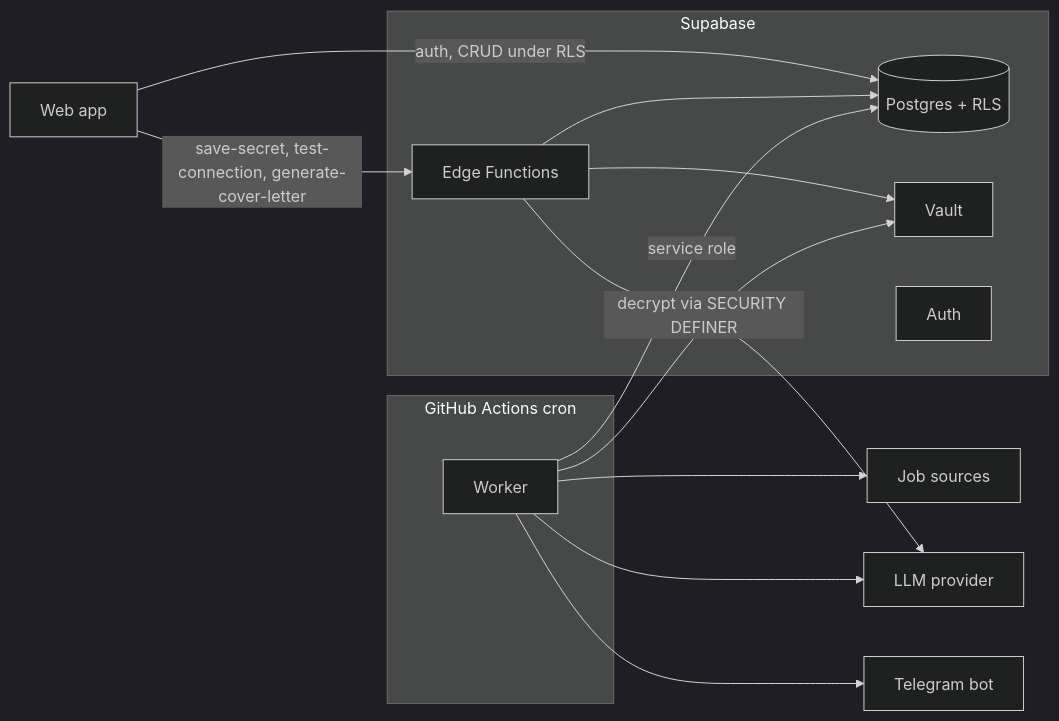
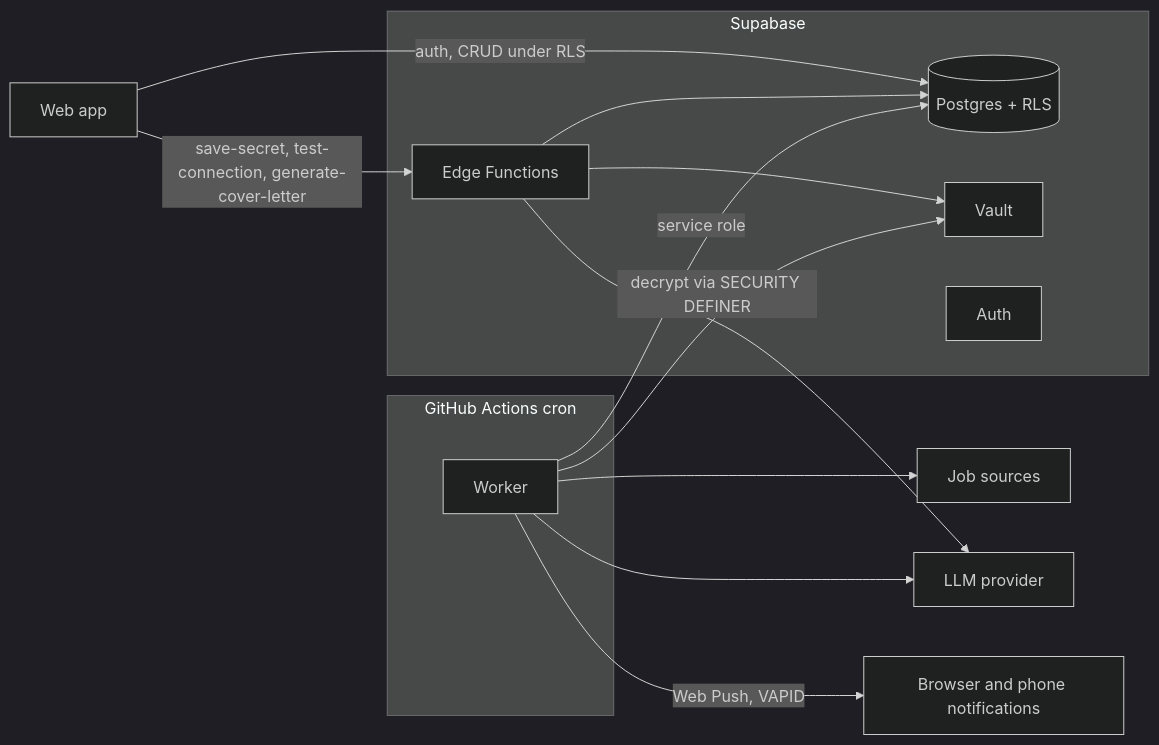
The diagram in README.md (Paulosouzx/JobMatch-AI), drawn with Mermaid (dark theme) before and after one commit. The commit also changed other lines of this file and 29 other files, not shown here.

Commit message:
feat: replace Telegram with Web Push notifications

````diff
--- a/README.md
+++ b/README.md
@@ -13,22 +13,22 @@
 ```mermaid
 flowchart LR
   subgraph GH[GitHub Actions cron]
     W[Worker]
   end
   subgraph SB[Supabase]
     DB[(Postgres + RLS)]
     V[Vault]
     EF[Edge Functions]
     A[Auth]
   end
   Web[Web app] -->|auth, CRUD under RLS| DB
   Web -->|save-secret, test-connection, generate-cover-letter| EF
   EF --> V
   EF --> DB
   W -->|service role| DB
   W -->|decrypt via SECURITY DEFINER| V
   W --> S[Job sources]
   W --> L[LLM provider]
-  W --> T[Telegram bot]
+  W -->|Web Push, VAPID| P[Browser and phone notifications]
   EF --> L
 ```
````
